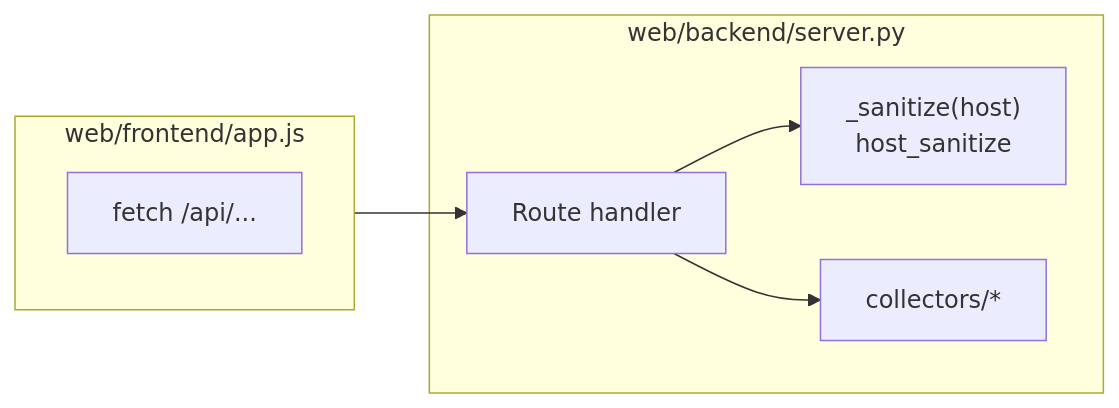
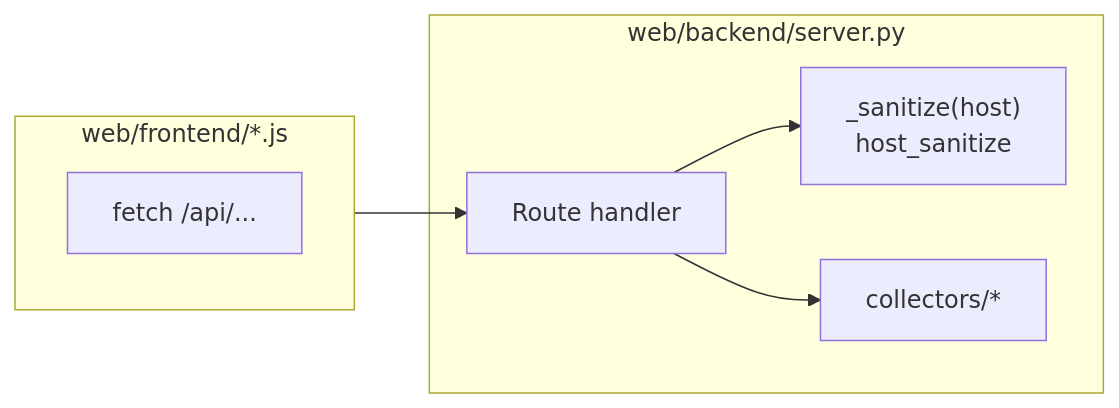
The sixth of 10 diagrams in docs/PROJECT_DEEP_DIVE.md (Nicosiak/Netscope), drawn with Mermaid before and after one commit. The commit also changed other lines of this file and 43 other files, not shown here.

````diff
--- a/docs/PROJECT_DEEP_DIVE.md
+++ b/docs/PROJECT_DEEP_DIVE.md
@@ -147,16 +159,16 @@
 ```mermaid
 flowchart LR
-    subgraph FE["web/frontend/app.js"]
+    subgraph FE["web/frontend/*.js"]
         F[fetch /api/...]
     end
 
     subgraph BE["web/backend/server.py"]
         R[Route handler]
         S["_sanitize(host)\nhost_sanitize"]
         Col[collectors/*]
     end
 
     FE --> R
     R --> S
     R --> Col
 ```
````
